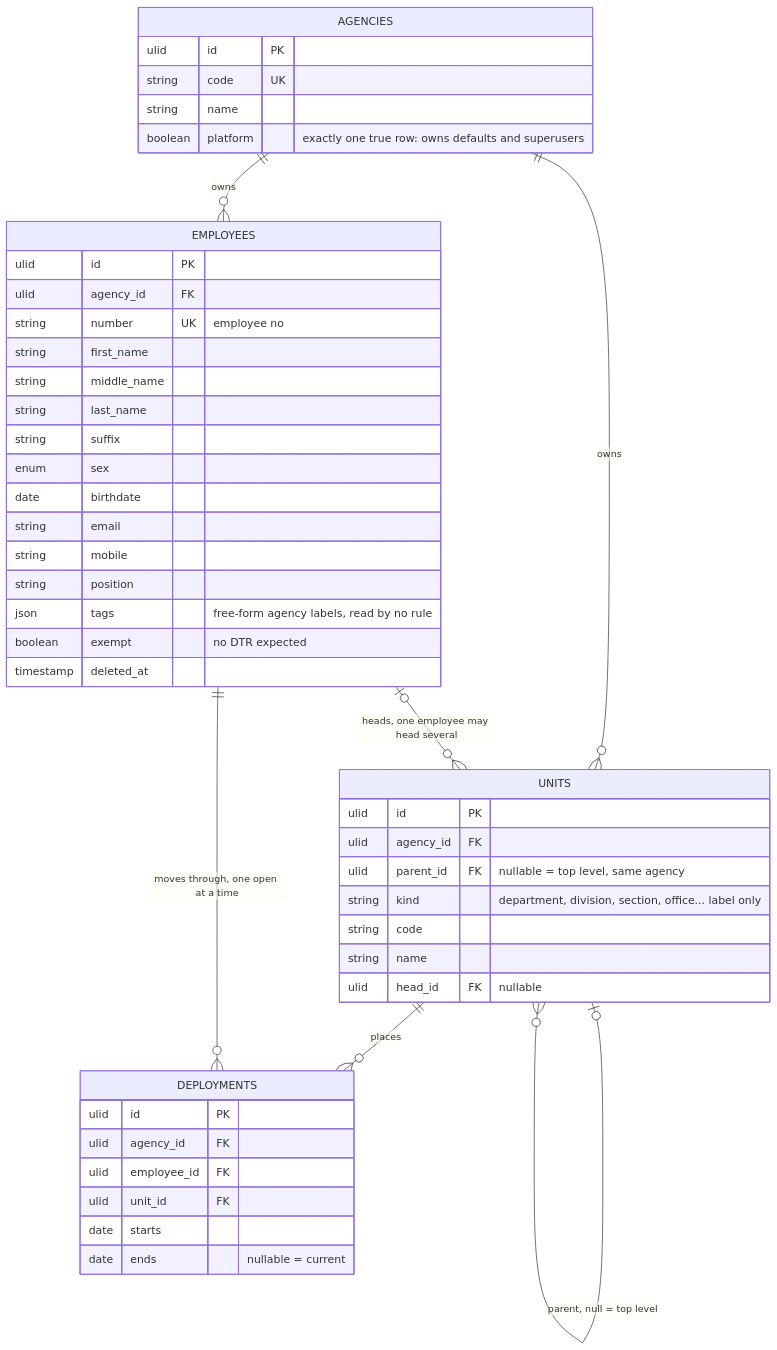
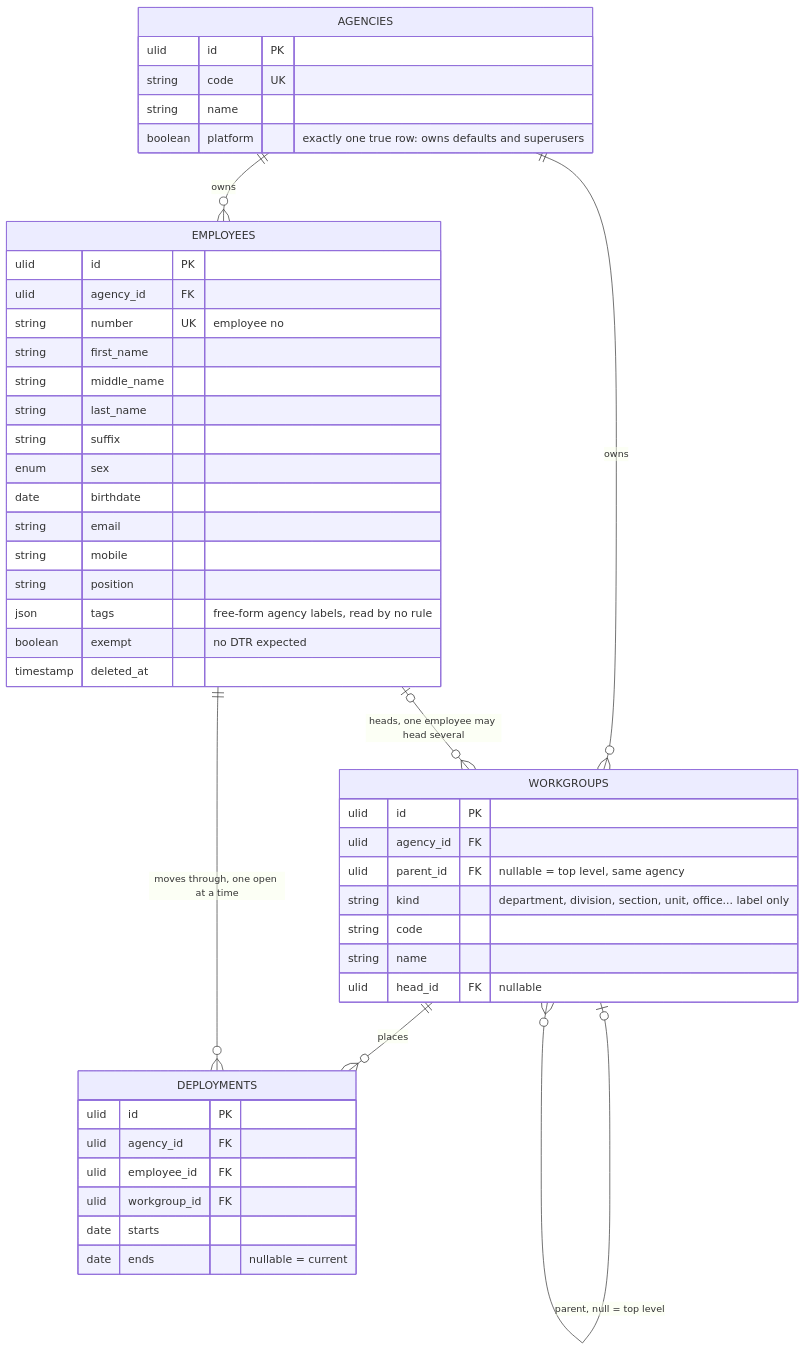
The diagram in docs/design/01-organization.md (joowdx/khronoz), drawn with Mermaid before and after one commit. The commit also changed other lines of this file and 79 other files, not shown here.

````diff
--- a/docs/design/01-organization.md
+++ b/docs/design/01-organization.md
@@ -3,50 +3,50 @@
 ```mermaid
 erDiagram
-    AGENCIES  ||--o{ UNITS       : "owns"
+    AGENCIES  ||--o{ WORKGROUPS       : "owns"
     AGENCIES  ||--o{ EMPLOYEES   : "owns"
-    UNITS     |o--o{ UNITS       : "parent, null = top level"
-    UNITS     ||--o{ DEPLOYMENTS : "places"
+    WORKGROUPS     |o--o{ WORKGROUPS       : "parent, null = top level"
+    WORKGROUPS     ||--o{ DEPLOYMENTS : "places"
     EMPLOYEES ||--o{ DEPLOYMENTS : "moves through, one open at a time"
-    EMPLOYEES |o--o{ UNITS       : "heads, one employee may head several"
+    EMPLOYEES |o--o{ WORKGROUPS       : "heads, one employee may head several"
 
     AGENCIES {
         ulid id PK
         string code UK
         string name
         boolean platform "exactly one true row: owns defaults and superusers"
     }
-    UNITS {
+    WORKGROUPS {
         ulid id PK
         ulid agency_id FK
         ulid parent_id FK "nullable = top level, same agency"
-        string kind "department, division, section, office... label only"
+        string kind "department, division, section, unit, office... label only"
         string code
         string name
         ulid head_id FK "nullable"
     }
     EMPLOYEES {
         ulid id PK
         ulid agency_id FK
         string number UK "employee no"
         string first_name
         string middle_name
         string last_name
         string suffix
         enum sex
         date birthdate
         string email
         string mobile
         string position
         json tags "free-form agency labels, read by no rule"
         boolean exempt "no DTR expected"
         timestamp deleted_at
     }
     DEPLOYMENTS {
         ulid id PK
         ulid agency_id FK
         ulid employee_id FK
-        ulid unit_id FK
+        ulid workgroup_id FK
         date starts
         date ends "nullable = current"
     }
 ```
````
